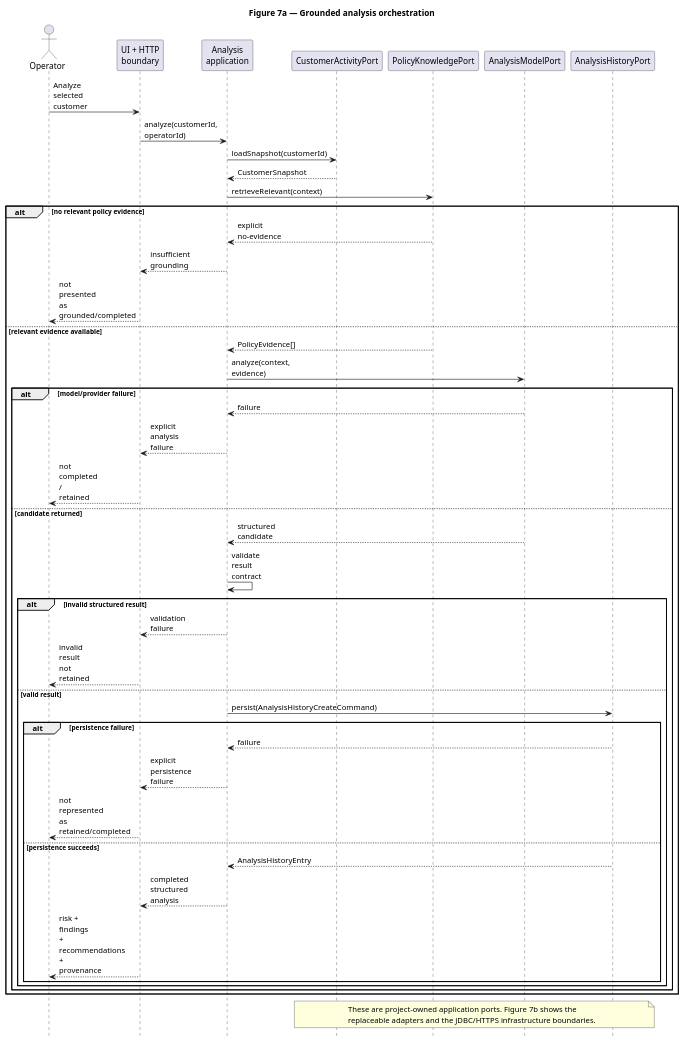
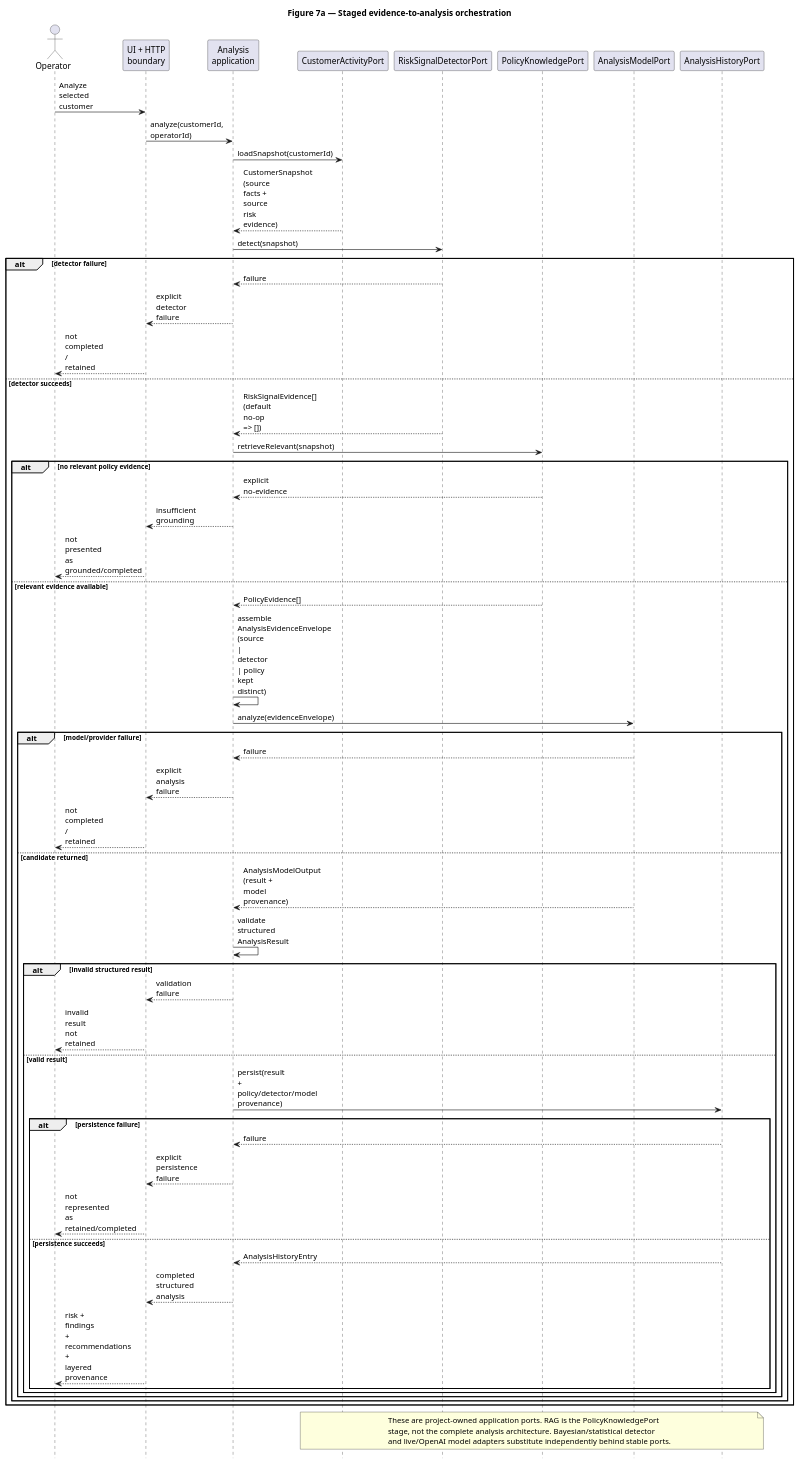
One commit to jdoe-dev-159753/specgraph-reference-app changed the diagram in docs/assignment/SDD/diagrams/sequence-analysis.puml. Above: the diagram before and after it, drawn with PlantUML.

Commit message:
docs: show detector retrieval model and history sequence

```diff
--- a/docs/assignment/SDD/diagrams/sequence-analysis.puml
+++ b/docs/assignment/SDD/diagrams/sequence-analysis.puml
@@ -1,56 +1,68 @@
 @startuml
-title Figure 7a — Grounded analysis orchestration
+title Figure 7a — Staged evidence-to-analysis orchestration
 hide footbox
 skinparam maxMessageSize 50
 
 actor Operator
 participant "UI + HTTP\nboundary" as Boundary
 participant "Analysis\napplication" as Analysis
 participant "CustomerActivityPort" as Activity
+participant "RiskSignalDetectorPort" as Detector
 participant "PolicyKnowledgePort" as Policy
 participant "AnalysisModelPort" as Model
 participant "AnalysisHistoryPort" as History
 
 Operator -> Boundary : Analyze selected customer
 Boundary -> Analysis : analyze(customerId, operatorId)
 Analysis -> Activity : loadSnapshot(customerId)
-Activity --> Analysis : CustomerSnapshot
-Analysis -> Policy : retrieveRelevant(context)
+Activity --> Analysis : CustomerSnapshot\n(source facts + source risk evidence)
 
-alt no relevant policy evidence
-  Policy --> Analysis : explicit no-evidence
-  Analysis --> Boundary : insufficient grounding
-  Boundary --> Operator : not presented as grounded/completed
-else relevant evidence available
-  Policy --> Analysis : PolicyEvidence[]
-  Analysis -> Model : analyze(context, evidence)
-  alt model/provider failure
-    Model --> Analysis : failure
-    Analysis --> Boundary : explicit analysis failure
-    Boundary --> Operator : not completed / retained
-  else candidate returned
-    Model --> Analysis : structured candidate
-    Analysis -> Analysis : validate result contract
-    alt invalid structured result
-      Analysis --> Boundary : validation failure
-      Boundary --> Operator : invalid result not retained
-    else valid result
-      Analysis -> History : persist(AnalysisHistoryCreateCommand)
-      alt persistence failure
-        History --> Analysis : failure
-        Analysis --> Boundary : explicit persistence failure
-        Boundary --> Operator : not represented as retained/completed
-      else persistence succeeds
-        History --> Analysis : AnalysisHistoryEntry
-        Analysis --> Boundary : completed structured analysis
-        Boundary --> Operator : risk + findings + recommendations + provenance
+Analysis -> Detector : detect(snapshot)
+alt detector failure
+  Detector --> Analysis : failure
+  Analysis --> Boundary : explicit detector failure
+  Boundary --> Operator : not completed / retained
+else detector succeeds
+  Detector --> Analysis : RiskSignalEvidence[]\n(default no-op => [])
+  Analysis -> Policy : retrieveRelevant(snapshot)
+
+  alt no relevant policy evidence
+    Policy --> Analysis : explicit no-evidence
+    Analysis --> Boundary : insufficient grounding
+    Boundary --> Operator : not presented as grounded/completed
+  else relevant evidence available
+    Policy --> Analysis : PolicyEvidence[]
+    Analysis -> Analysis : assemble AnalysisEvidenceEnvelope\n(source | detector | policy kept distinct)
+    Analysis -> Model : analyze(evidenceEnvelope)
+    alt model/provider failure
+      Model --> Analysis : failure
+      Analysis --> Boundary : explicit analysis failure
+      Boundary --> Operator : not completed / retained
+    else candidate returned
+      Model --> Analysis : AnalysisModelOutput\n(result + model provenance)
+      Analysis -> Analysis : validate structured AnalysisResult
+      alt invalid structured result
+        Analysis --> Boundary : validation failure
+        Boundary --> Operator : invalid result not retained
+      else valid result
+        Analysis -> History : persist(result + policy/detector/model provenance)
+        alt persistence failure
+          History --> Analysis : failure
+          Analysis --> Boundary : explicit persistence failure
+          Boundary --> Operator : not represented as retained/completed
+        else persistence succeeds
+          History --> Analysis : AnalysisHistoryEntry
+          Analysis --> Boundary : completed structured analysis
+          Boundary --> Operator : risk + findings + recommendations\n+ layered provenance
+        end
       end
     end
   end
 end
 
 note over Activity,History
-  These are project-owned application ports. Figure 7b shows the
-  replaceable adapters and the JDBC/HTTPS infrastructure boundaries.
+  These are project-owned application ports. RAG is the PolicyKnowledgePort
+  stage, not the complete analysis architecture. Bayesian/statistical detector
+  and live/OpenAI model adapters substitute independently behind stable ports.
 end note
 @enduml
```
